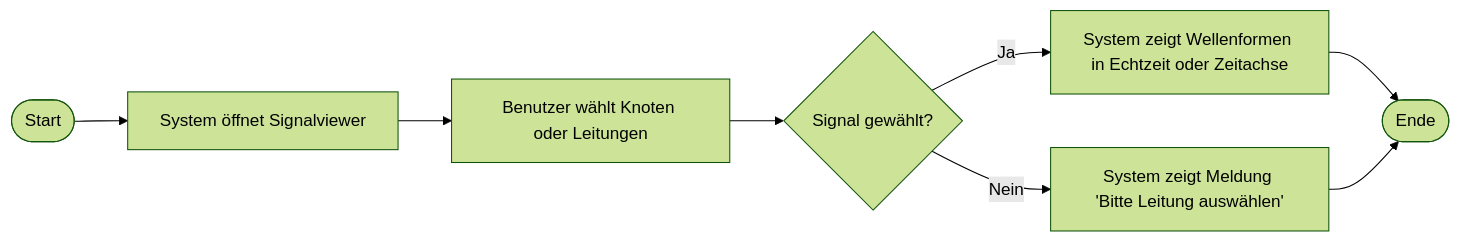
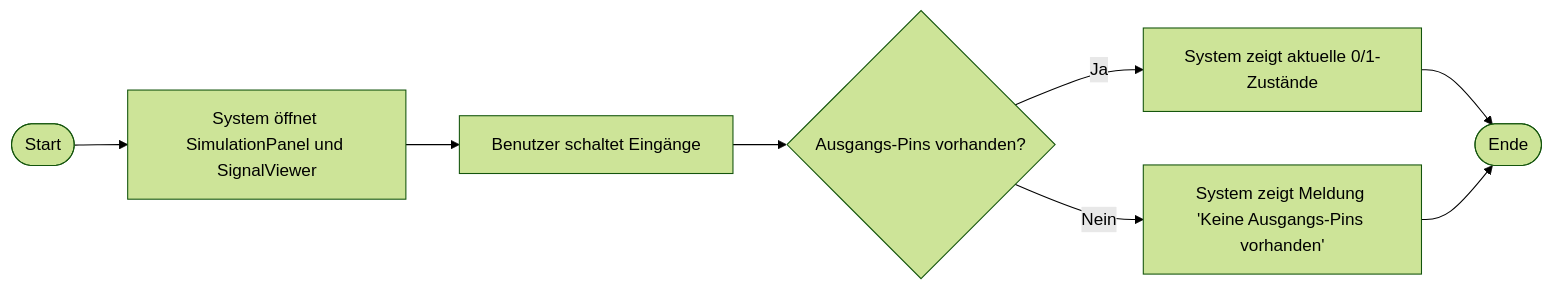
One commit to BitFlow-DHBW/BitFlow changed diagram 15 of 43 in docs/use_cases/software_requirements_specification.md. Above: the diagram before and after it, drawn with Mermaid (forest theme). The commit also changed other lines of this file and 9 other files, not shown here.

````diff
--- a/docs/use_cases/software_requirements_specification.md
+++ b/docs/use_cases/software_requirements_specification.md
@@ -587,10 +638,10 @@
 ```mermaid
 flowchart LR
-	G1([Start]) --> G2["System öffnet Signalviewer"]
-	G2 --> G3["Benutzer wählt Knoten oder Leitungen"]
-	G3 --> G4{"Signal gewählt?"}
-	G4 -->|Ja| G5["System zeigt Wellenformen in Echtzeit oder Zeitachse"]
-	G4 -->|Nein| G6["System zeigt Meldung 'Bitte Leitung auswählen'"]
+	G1([Start]) --> G2["System öffnet SimulationPanel und SignalViewer"]
+	G2 --> G3["Benutzer schaltet Eingänge"]
+	G3 --> G4{"Ausgangs-Pins vorhanden?"}
+	G4 -->|Ja| G5["System zeigt aktuelle 0/1-Zustände"]
+	G4 -->|Nein| G6["System zeigt Meldung 'Keine Ausgangs-Pins vorhanden'"]
 	G5 --> G7([Ende])
 	G6 --> G7
 ```
````
